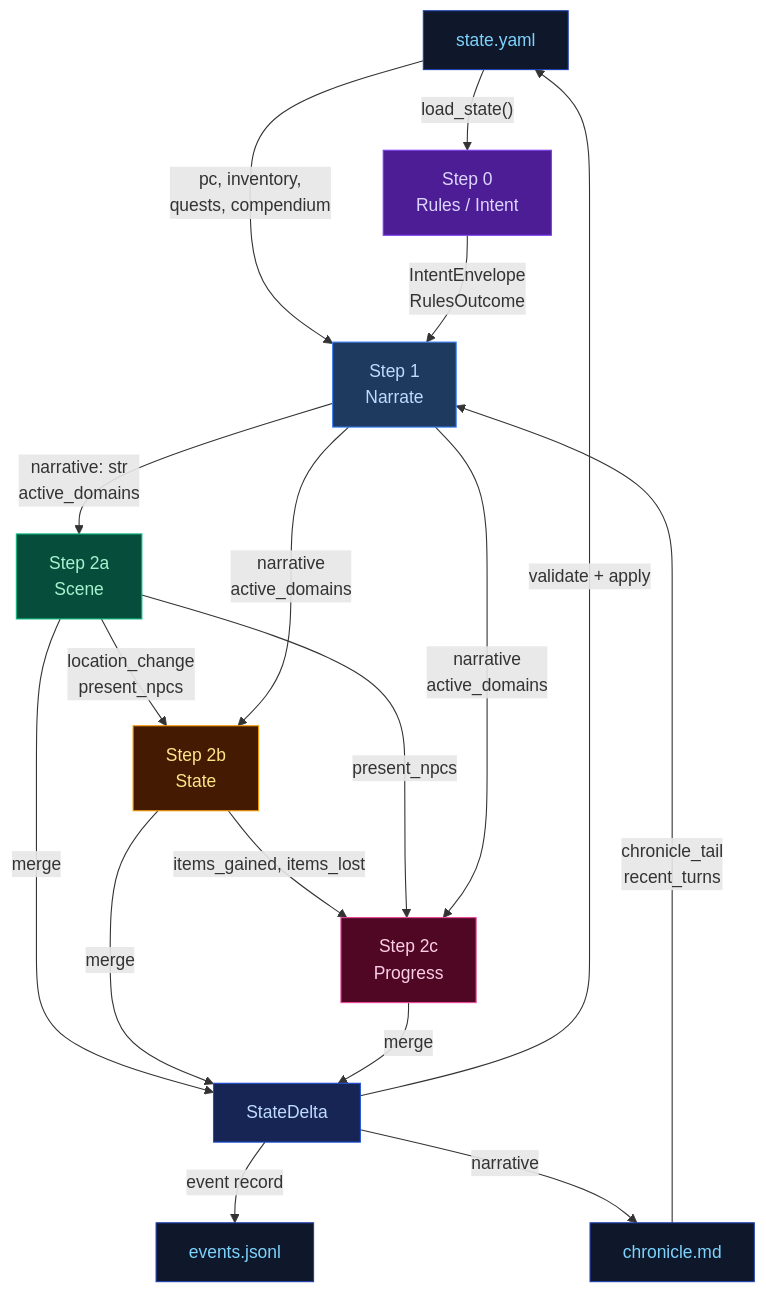
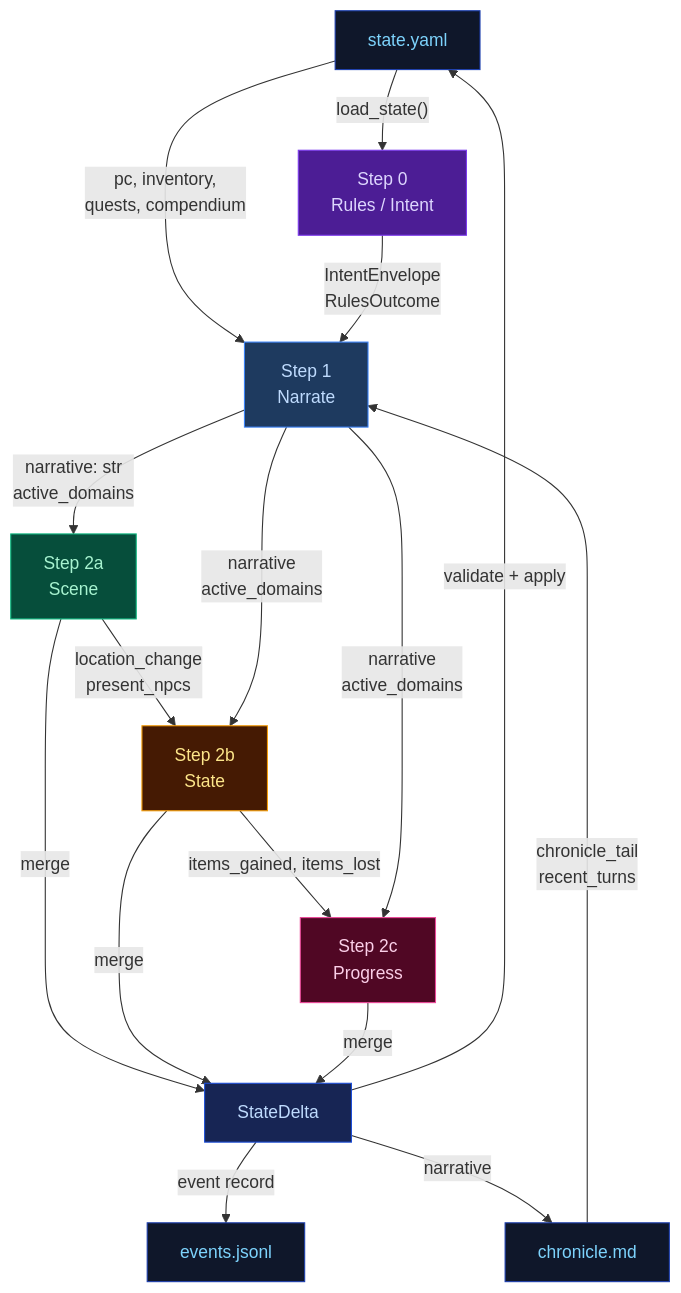
Diagram 11 of 11 in docs/ARCHITECTURE.md (pww217/fablethread), drawn with Mermaid before and after one commit. The commit also changed other lines of this file and 20 other files, not shown here.

````diff
--- a/docs/ARCHITECTURE.md
+++ b/docs/ARCHITECTURE.md
@@ -452,29 +454,28 @@
 ```mermaid
 flowchart TD
     classDef stageRules    fill:#4c1d95,color:#ddd6fe,stroke:#7c3aed
     classDef stageNarrate  fill:#1e3a5f,color:#bfdbfe,stroke:#3b82f6
     classDef stageScene    fill:#064e3b,color:#a7f3d0,stroke:#10b981
     classDef stageState    fill:#451a03,color:#fde68a,stroke:#f59e0b
     classDef stageProgress fill:#500724,color:#fbcfe8,stroke:#ec4899
     classDef storageNode   fill:#0f172a,color:#7dd3fc,stroke:#1e40af
     classDef mergeNode     fill:#172554,color:#bfdbfe,stroke:#1d4ed8
 
     STATE["state.yaml"]:::storageNode
     CHRONICLE["chronicle.md"]:::storageNode
     EVENTS["events.jsonl"]:::storageNode
 
     STATE -- "load_state()" --> STEP0["Step 0<br>Rules / Intent"]:::stageRules
     CHRONICLE -- "chronicle_tail<br>recent_turns" --> STEP1["Step 1<br>Narrate"]:::stageNarrate
     STATE -- "pc, inventory,<br>quests, compendium" --> STEP1
     STEP0 -- "IntentEnvelope<br>RulesOutcome" --> STEP1
     STEP1 -- "narrative: str<br>active_domains" --> STEP2A["Step 2a<br>Scene"]:::stageScene
     STEP2A -- "location_change<br>present_npcs" --> STEP2B["Step 2b<br>State"]:::stageState
     STEP1 -- "narrative<br>active_domains" --> STEP2B
     STEP2B -- "items_gained, items_lost" --> STEP2C["Step 2c<br>Progress"]:::stageProgress
-    STEP2A -- "present_npcs" --> STEP2C
     STEP1 -- "narrative<br>active_domains" --> STEP2C
     STEP2A & STEP2B & STEP2C -- "merge" --> DELTA["StateDelta"]:::mergeNode
     DELTA -- "validate + apply" --> STATE
     DELTA -- "event record" --> EVENTS
     DELTA -- "narrative" --> CHRONICLE
 ```
````
